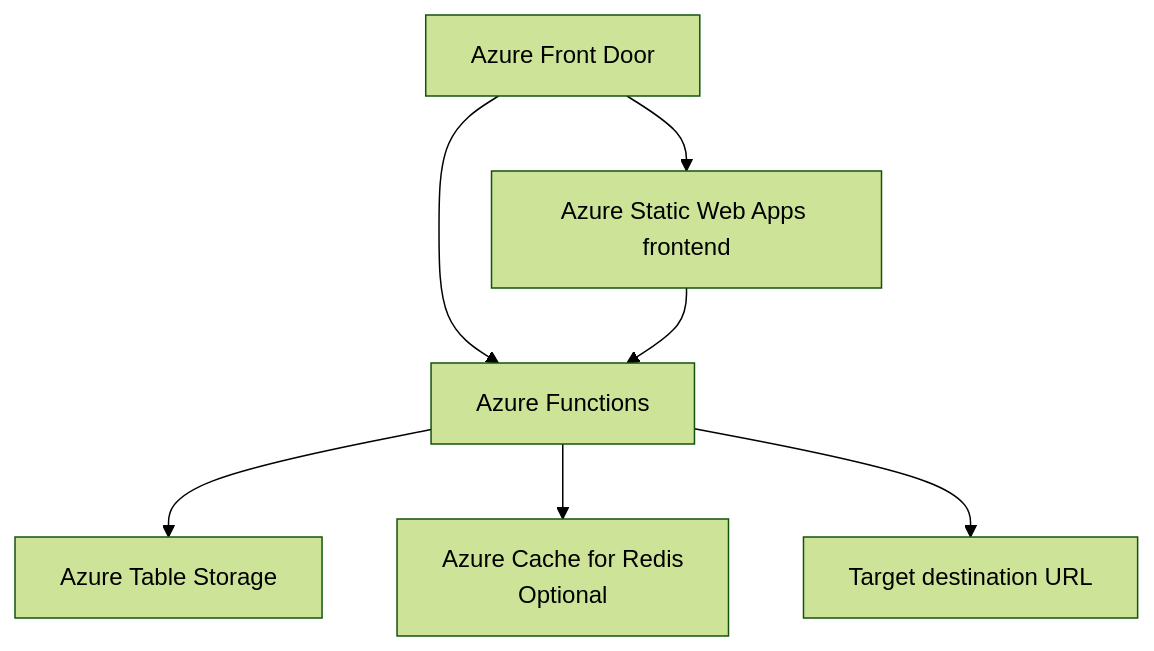
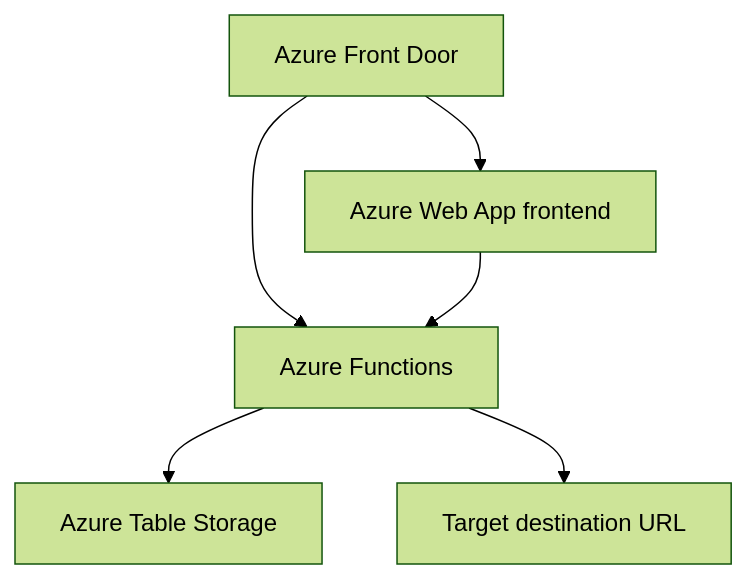
Before and after one commit to RaulSebastian/url-redirect: the second of 2 diagrams in README.md, drawn with Mermaid (forest theme). The commit also changed other lines of this file and 7 other files, not shown here.

Commit message:
Add Bash scripts for multi-environment IaC deployment and validation, update JSON templates and README with Azure Web App architecture, and refactor Bicep files for modularity.

````diff
--- a/README.md
+++ b/README.md
@@ -57,16 +55,14 @@
 ```mermaid
 flowchart TB
     FD["Azure Front Door"]
-    SWA["Azure Static Web Apps frontend"]
+    WEB["Azure Web App frontend"]
     FUNC["Azure Functions"]
     TABLE["Azure Table Storage"]
-    REDIS["Azure Cache for Redis<br/>Optional"]
     TARGET["Target destination URL"]
 
-    FD --> SWA
+    FD --> WEB
     FD --> FUNC
-    SWA --> FUNC
+    WEB --> FUNC
     FUNC --> TABLE
-    FUNC --> REDIS
     FUNC --> TARGET
 ```
````
